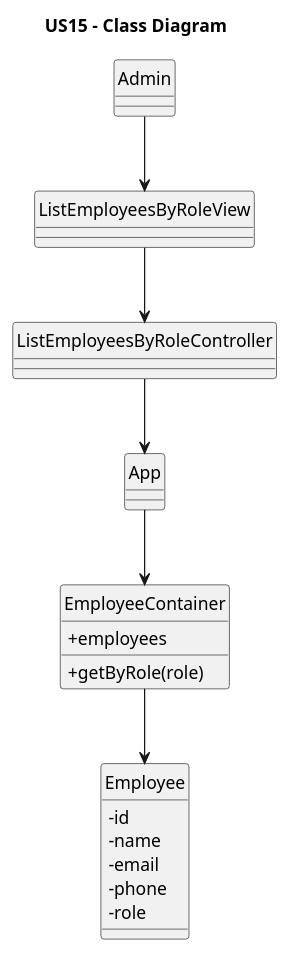
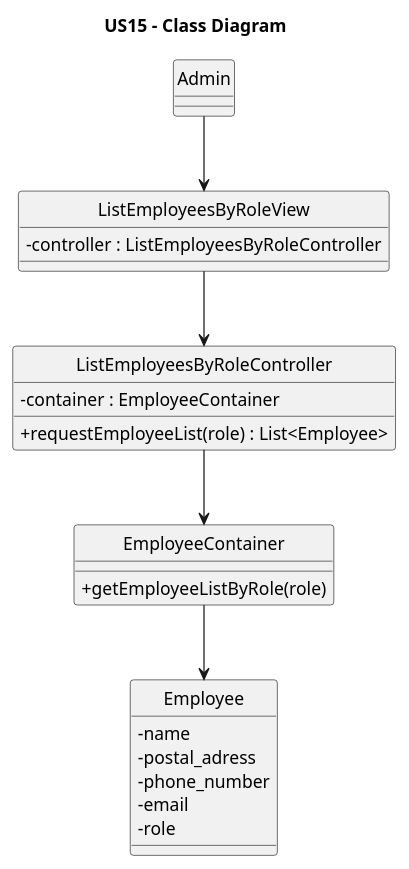
One commit to Parafita123/leti-esoft-25-26-B1 changed the diagram in docs/Sprint2/US15/puml/US15-CD.puml. Above: the diagram before and after it, drawn with PlantUML. The commit also changed 8 other files, not shown here.

```diff
--- a/docs/Sprint2/US15/puml/US15-CD.puml
+++ b/docs/Sprint2/US15/puml/US15-CD.puml
@@ -1,35 +1,37 @@
 @startuml
 
 title US15 - Class Diagram
 
 hide circle
 skinparam classAttributeIconSize 0
 
 
 class Admin
 
 
 class Employee {
-  -id
-  -name
-  -email
-  -phone
-  -role
+  - name
+  - postal_adress
+  - phone_number
+  - email
+  - role
 }
 
 class EmployeeContainer {
-  +employees
-  +getByRole(role)
+  +getEmployeeListByRole(role)
 }
 
-class ListEmployeesByRoleView
-class ListEmployeesByRoleController
-class App
+class ListEmployeesByRoleView{
+  -controller : ListEmployeesByRoleController
+}
+class ListEmployeesByRoleController{
+  -container : EmployeeContainer
+  +requestEmployeeList(role) : List<Employee>
+}
 
 Admin --> ListEmployeesByRoleView
 ListEmployeesByRoleView --> ListEmployeesByRoleController
-ListEmployeesByRoleController --> App
-App --> EmployeeContainer
+ListEmployeesByRoleController --> EmployeeContainer
 EmployeeContainer --> Employee
 
 @enduml
```
